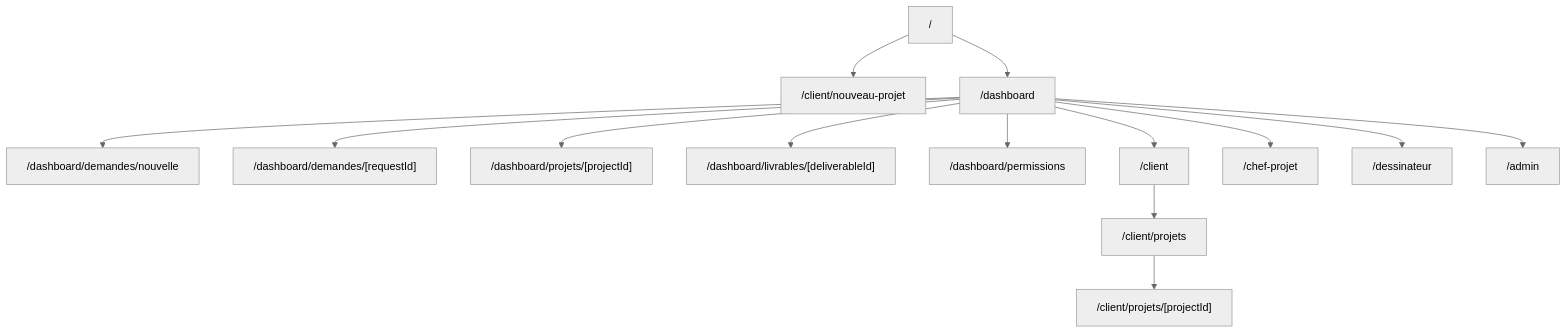
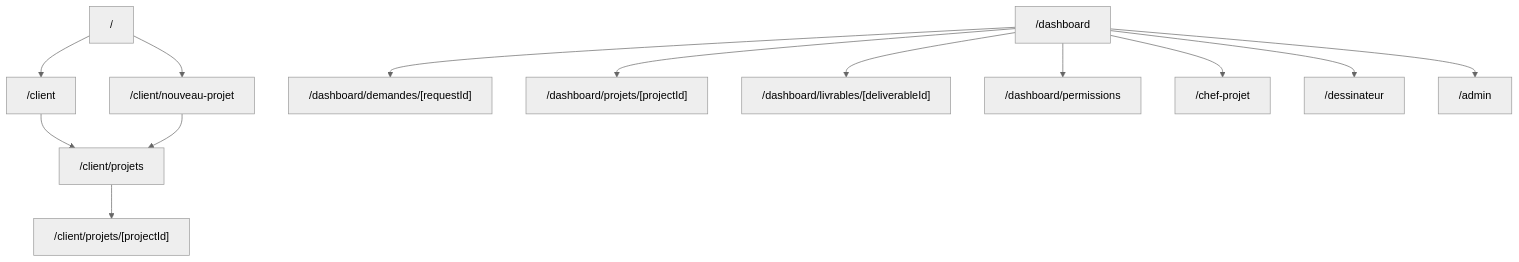
One commit to RAYAN-DOB/vellum changed the first of 2 diagrams in docs/routes-map.md. Above: the diagram before and after it, drawn with Mermaid (neutral theme). The commit also changed other lines of this file and 42 other files, not shown here.

Commit message:
Rebuild visual identity with architectural premium UI

````diff
--- a/docs/routes-map.md
+++ b/docs/routes-map.md
@@ -20,16 +18,15 @@
 ```mermaid
 flowchart TD
   Home["/"] --> NewProject["/client/nouveau-projet"]
-  Home --> Dashboard["/dashboard"]
-  Dashboard --> RequestNew["/dashboard/demandes/nouvelle"]
-  Dashboard --> RequestDetail["/dashboard/demandes/[requestId]"]
+  Home --> Client["/client"]
+  Client --> ClientProjects["/client/projets"]
+  ClientProjects --> ClientProjectDetail["/client/projets/[projectId]"]
+  NewProject --> ClientProjects
+  Dashboard["/dashboard"] --> RequestDetail["/dashboard/demandes/[requestId]"]
   Dashboard --> ProjectDetail["/dashboard/projets/[projectId]"]
   Dashboard --> DeliverableDetail["/dashboard/livrables/[deliverableId]"]
   Dashboard --> Permissions["/dashboard/permissions"]
-  Dashboard --> Client["/client"]
-  Client --> ClientProjects["/client/projets"]
-  ClientProjects --> ClientProjectDetail["/client/projets/[projectId]"]
   Dashboard --> Manager["/chef-projet"]
   Dashboard --> Architect["/dessinateur"]
   Dashboard --> Admin["/admin"]
 ```
````
